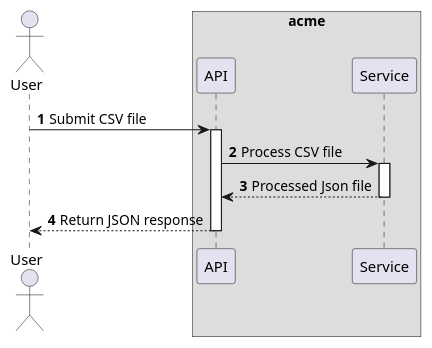
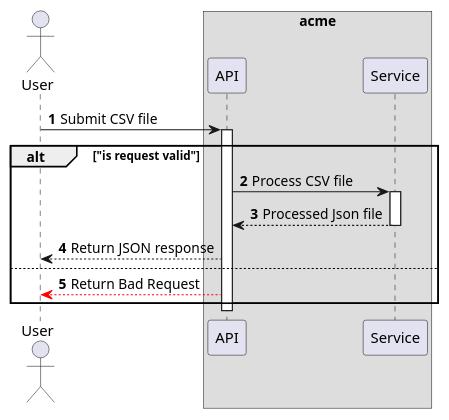
The diagram in docs/UC:Upload-and-Process-CSV-Data.puml (mulecode/file-service-poc), drawn with PlantUML before and after one commit. The commit also changed 2 other files, not shown here.

```diff
--- a/docs/UC:Upload-and-Process-CSV-Data.puml
+++ b/docs/UC:Upload-and-Process-CSV-Data.puml
@@ -1,20 +1,26 @@
 @startuml
 'https://plantuml.com/sequence-diagram
 
 autonumber
 
 actor User
 box "acme"
     participant API
     participant Service
 end box
 
 User -> API: Submit CSV file
 activate API
-API -> Service: Process CSV file
-activate Service
-Service --> API: Processed Json file
-deactivate Service
-API --> User: Return JSON response
+
+alt "is request valid"
+    API -> Service: Process CSV file
+    activate Service
+    Service --> API: Processed Json file
+    deactivate Service
+    API --> User: Return JSON response
+else
+API -[#red]->  User: Return Bad Request
+end alt
+
 deactivate API
 @enduml
```
